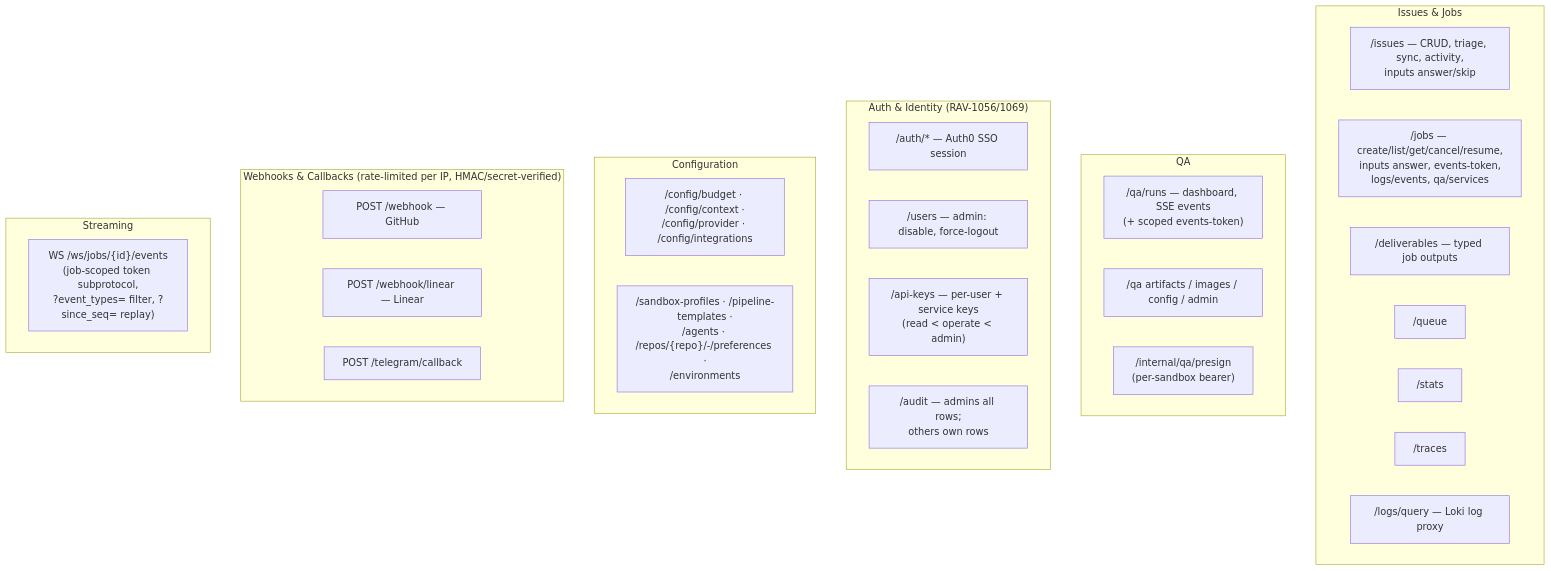
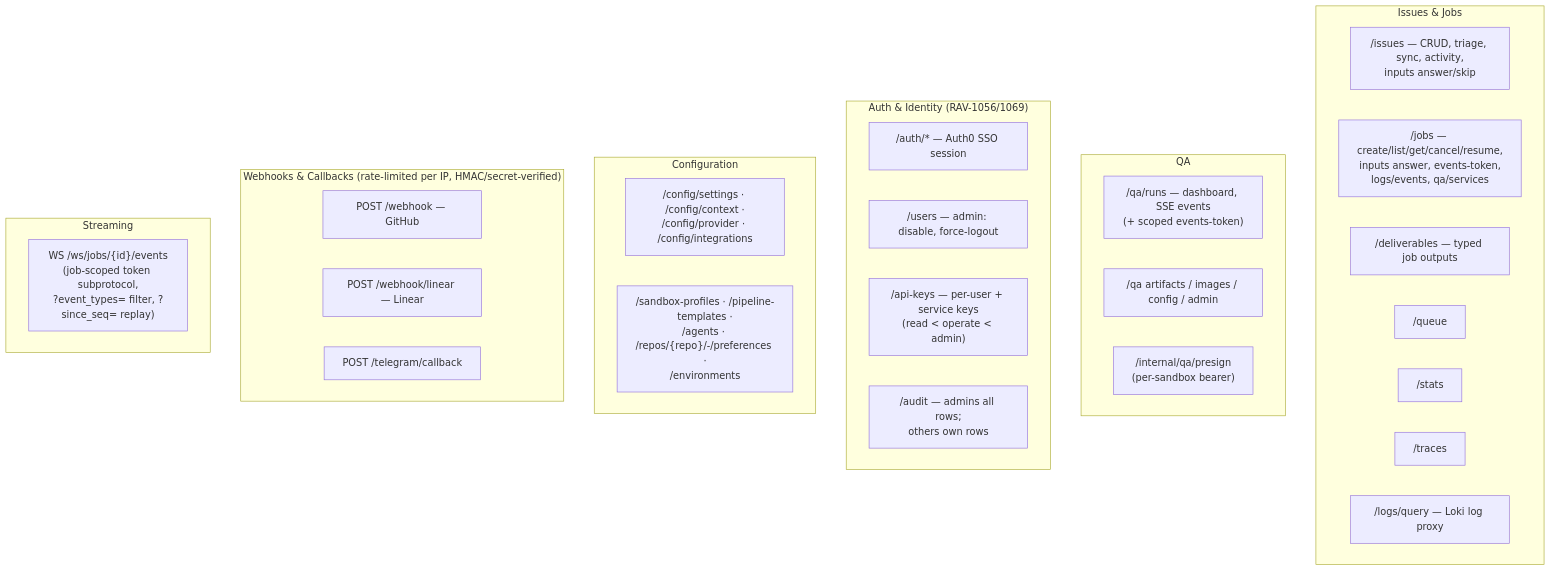
Before and after one commit to sudoTomas/embry0: the ninth of 12 diagrams in docs/architecture.md, drawn with Mermaid. The commit also changed other lines of this file and 88 other files, not shown here.

````diff
--- a/docs/architecture.md
+++ b/docs/architecture.md
@@ -795,40 +795,40 @@
 ```mermaid
 graph TB
     subgraph Domain["Issues & Jobs"]
         ISS["/issues — CRUD, triage, sync, activity,<br/>inputs answer/skip"]
         JOB["/jobs — create/list/get/cancel/resume,<br/>inputs answer, events-token,<br/>logs/events, qa/services"]
         DLV["/deliverables — typed job outputs"]
         QUE["/queue"]
         STA["/stats"]
         TRC["/traces"]
         LOG["/logs/query — Loki log proxy"]
     end
 
     subgraph QA["QA"]
         QAD["/qa/runs — dashboard, SSE events<br/>(+ scoped events-token)"]
         QAA["/qa artifacts / images / config / admin"]
         IQA["/internal/qa/presign<br/>(per-sandbox bearer)"]
     end
 
     subgraph Auth["Auth & Identity (RAV-1056/1069)"]
         AS["/auth/* — Auth0 SSO session"]
         US["/users — admin: disable, force-logout"]
         AK["/api-keys — per-user + service keys<br/>(read < operate < admin)"]
         AUD["/audit — admins all rows;<br/>others own rows"]
     end
 
     subgraph Configuration
-        BG["/config/budget · /config/context ·<br/>/config/provider · /config/integrations"]
+        BG["/config/settings · /config/context ·<br/>/config/provider · /config/integrations"]
         SP["/sandbox-profiles · /pipeline-templates ·<br/>/agents · /repos/{repo}/-/preferences ·<br/>/environments"]
     end
 
     subgraph Ingress["Webhooks & Callbacks (rate-limited per IP, HMAC/secret-verified)"]
         WH["POST /webhook — GitHub"]
         WL["POST /webhook/linear — Linear"]
         TC["POST /telegram/callback"]
     end
 
     subgraph Streaming
         WSK["WS /ws/jobs/{id}/events<br/>(job-scoped token subprotocol,<br/>?event_types= filter, ?since_seq= replay)"]
     end
 ```
````
